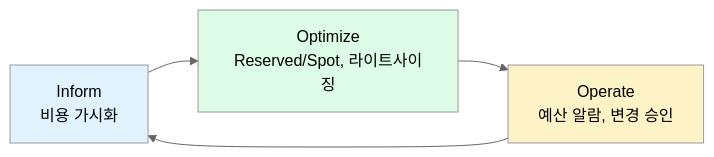
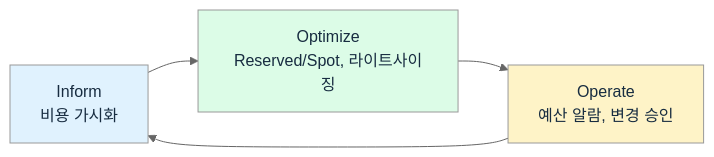
Before and after one commit to xodbs1021/xodbs1021.github.io: diagram 20 of 21 in content/posts/tech-blurting/live-transcoding-infrastructure.md, drawn with Mermaid (neutral theme). The commit also changed other lines of this file and 21 other files, not shown here.

````diff
--- a/content/posts/tech-blurting/live-transcoding-infrastructure.md
+++ b/content/posts/tech-blurting/live-transcoding-infrastructure.md
@@ -994,10 +994,10 @@
 ```mermaid
 flowchart LR
   I[Inform<br/>비용 가시화] --> O[Optimize<br/>Reserved/Spot, 라이트사이징]
   O --> P[Operate<br/>예산 알람, 변경 승인]
   P --> I
   
-  style I fill:#e0f2fe
-  style O fill:#dcfce7
-  style P fill:#fef3c7
+  style I fill:#e0f2fe,color:#172c40
+  style O fill:#dcfce7,color:#172c40
+  style P fill:#fef3c7,color:#172c40
 ```
````
